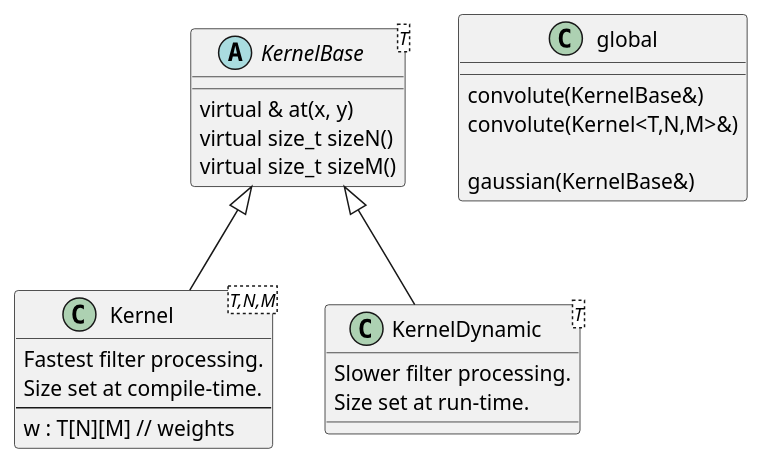
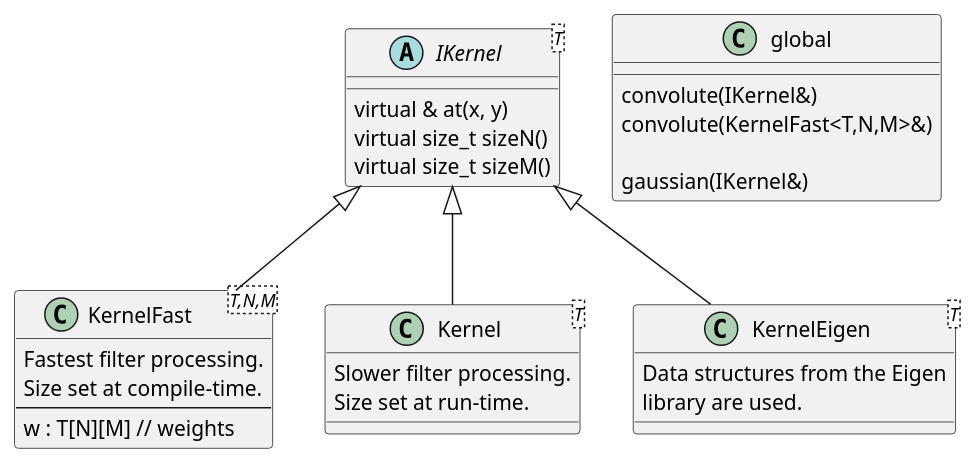
One commit to ibpaul/workshop changed the diagram in doc/diagram/kernel_class_hierarchy.puml. Above: the diagram before and after it, drawn with PlantUML. The commit also changed 6 other files, not shown here.

```diff
--- a/doc/diagram/kernel_class_hierarchy.puml
+++ b/doc/diagram/kernel_class_hierarchy.puml
@@ -1,34 +1,40 @@
 @startuml
 
-abstract KernelBase<T> {
+abstract IKernel<T> {
     virtual & at(x, y)
     virtual size_t sizeN()
     virtual size_t sizeM()
 }
 
-class Kernel<T,N,M> {
+class KernelFast<T,N,M> {
     Fastest filter processing.
     Size set at compile-time.
     ---
     {field} w : T[N][M] // weights
 }
 
-class KernelDynamic<T> {
+class Kernel<T> {
     Slower filter processing.
     Size set at run-time.
 }
 
-KernelBase <|-- Kernel
-KernelBase <|-- KernelDynamic
+class KernelEigen<T> {
+    Data structures from the Eigen
+    library are used.
+}
+
+IKernel <|-- KernelFast
+IKernel <|-- Kernel
+IKernel <|-- KernelEigen
 
 
 class global {
-    convolute(KernelBase&)
-    convolute(Kernel<T,N,M>&)
+    convolute(IKernel&)
+    convolute(KernelFast<T,N,M>&)
 
-    gaussian(KernelBase&)
+    gaussian(IKernel&)
 }
 
 
 
 @enduml
```
